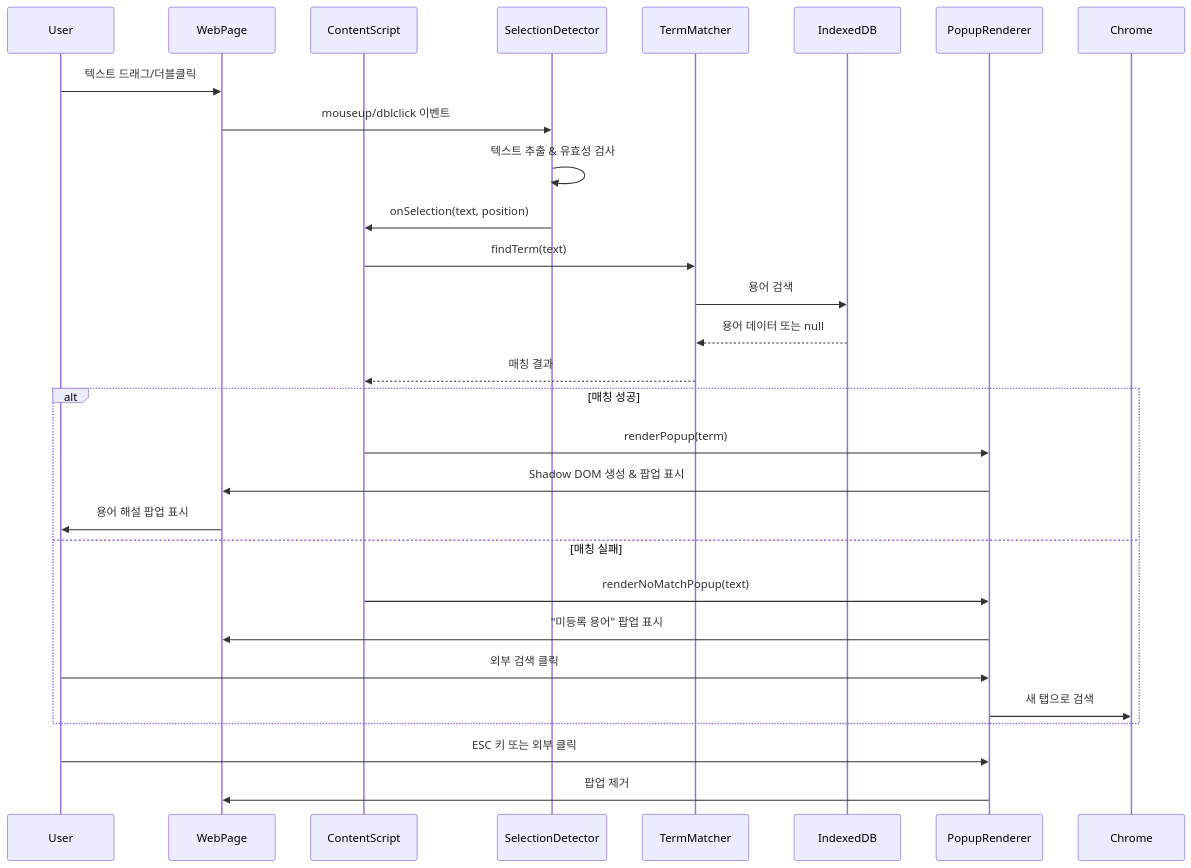
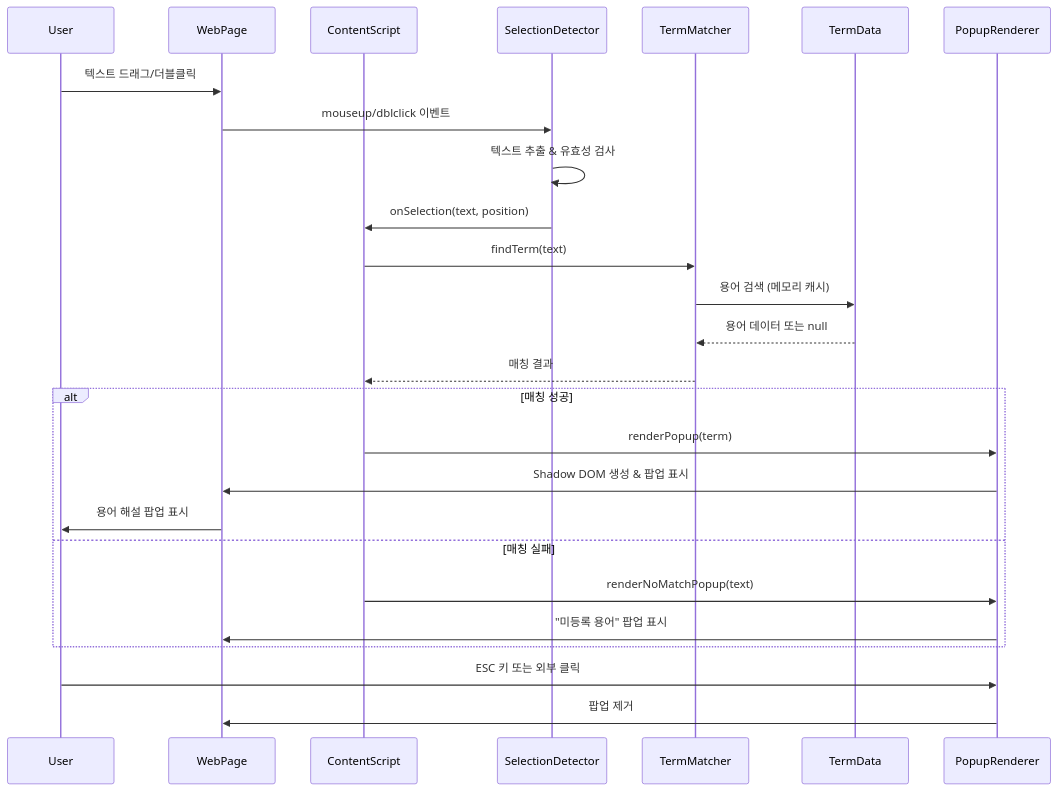
The third of 5 diagrams in docs/코드_아키텍처.md (wrtn-edu-swu-bootcamp/project_4), drawn with Mermaid before and after one commit. The commit also changed other lines of this file and 37 other files, not shown here.

Commit message:
refactor: transition from IndexedDB to static JSON for term data management; update build scripts and manifest configuration

````diff
--- a/docs/코드_아키텍처.md
+++ b/docs/코드_아키텍처.md
@@ -698,33 +669,31 @@
 ```mermaid
 sequenceDiagram
     participant User
     participant WebPage
     participant ContentScript
     participant SelectionDetector
     participant TermMatcher
-    participant IndexedDB
+    participant TermData
     participant PopupRenderer
     
     User->>WebPage: 텍스트 드래그/더블클릭
     WebPage->>SelectionDetector: mouseup/dblclick 이벤트
     SelectionDetector->>SelectionDetector: 텍스트 추출 & 유효성 검사
     SelectionDetector->>ContentScript: onSelection(text, position)
     ContentScript->>TermMatcher: findTerm(text)
-    TermMatcher->>IndexedDB: 용어 검색
-    IndexedDB-->>TermMatcher: 용어 데이터 또는 null
+    TermMatcher->>TermData: 용어 검색 (메모리 캐시)
+    TermData-->>TermMatcher: 용어 데이터 또는 null
     TermMatcher-->>ContentScript: 매칭 결과
     
     alt 매칭 성공
         ContentScript->>PopupRenderer: renderPopup(term)
         PopupRenderer->>WebPage: Shadow DOM 생성 & 팝업 표시
         WebPage->>User: 용어 해설 팝업 표시
     else 매칭 실패
         ContentScript->>PopupRenderer: renderNoMatchPopup(text)
         PopupRenderer->>WebPage: "미등록 용어" 팝업 표시
-        User->>PopupRenderer: 외부 검색 클릭
-        PopupRenderer->>Chrome: 새 탭으로 검색
     end
     
     User->>PopupRenderer: ESC 키 또는 외부 클릭
     PopupRenderer->>WebPage: 팝업 제거
 ```
````
